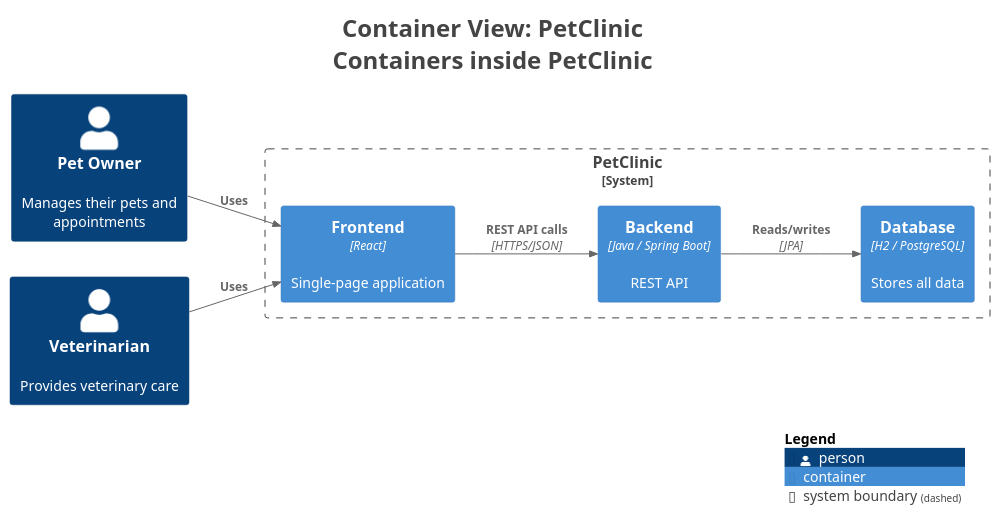
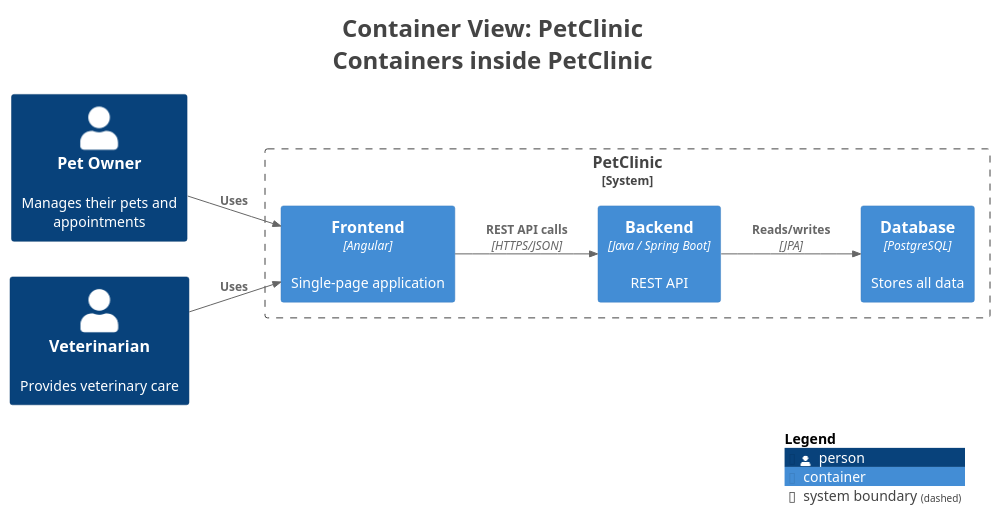
The diagram in petclinic-backend/docs/generated/c4views/C2-Containers.puml (victorrentea/petclinic), drawn with PlantUML before and after one commit. The commit also changed 11 other files, not shown here.

Commit message:
fix(guardrail): correct C4 container techs — Angular frontend, Postgres-only DB

```diff
--- a/petclinic-backend/docs/generated/c4views/C2-Containers.puml
+++ b/petclinic-backend/docs/generated/c4views/C2-Containers.puml
@@ -1,34 +1,34 @@
 @startuml
 title <size:24>Container View: PetClinic</size>\n<size:24>Containers inside PetClinic</size>
 
 set separator none
 left to right direction
 
 <style>
   root {
     BackgroundColor: #ffffff
     FontColor: #444444
   }
 </style>
 
 !include <C4/C4>
 !include <C4/C4_Context>
 !include <C4/C4_Container>
 
 Person(PetOwner, "Pet Owner", $descr="Manages their pets and appointments", $tags="", $link="")
 Person(Veterinarian, "Veterinarian", $descr="Provides veterinary care", $tags="", $link="")
 
 System_Boundary("PetClinic_boundary", "PetClinic", $tags="") {
-  Container(PetClinic.Frontend, "Frontend", $techn="React", $descr="Single-page application", $tags="", $link="")
+  Container(PetClinic.Frontend, "Frontend", $techn="Angular", $descr="Single-page application", $tags="", $link="")
   Container(PetClinic.Backend, "Backend", $techn="Java / Spring Boot", $descr="REST API", $tags="", $link="")
-  Container(PetClinic.Database, "Database", $techn="H2 / PostgreSQL", $descr="Stores all data", $tags="", $link="")
+  Container(PetClinic.Database, "Database", $techn="PostgreSQL", $descr="Stores all data", $tags="", $link="")
 }
 
 Rel(Veterinarian, PetClinic.Frontend, "Uses", $techn="", $tags="", $link="")
 Rel(PetClinic.Frontend, PetClinic.Backend, "REST API calls", $techn="HTTPS/JSON", $tags="", $link="")
 Rel(PetClinic.Backend, PetClinic.Database, "Reads/writes", $techn="JPA", $tags="", $link="")
 Rel(PetOwner, PetClinic.Frontend, "Uses", $techn="", $tags="", $link="")
 
 SHOW_LEGEND(true)
 hide stereotypes
 @enduml
```
